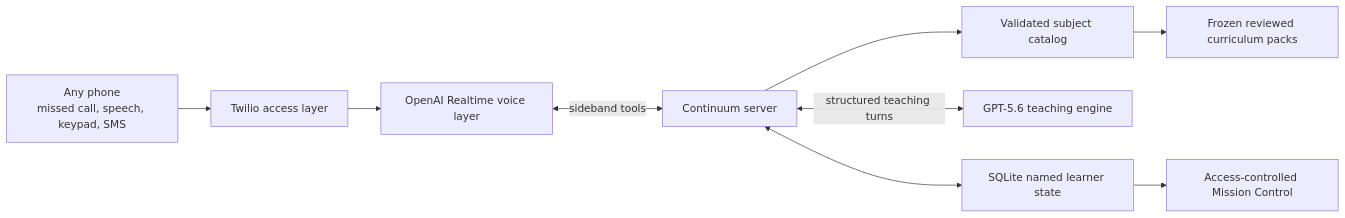
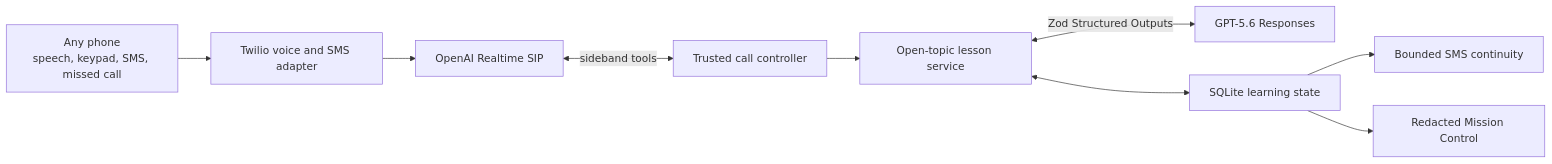
One commit to Tanya-Khanna/continuum-voice-tutor changed the diagram in README.md. Above: the diagram before and after it, drawn with Mermaid. The commit also changed other lines of this file and 14 other files, not shown here.

````diff
--- a/README.md
+++ b/README.md
@@ -15,11 +63,11 @@
 ```mermaid
 flowchart LR
-    Caller["Any phone<br/>missed call, speech, keypad, SMS"] --> Twilio["Twilio access layer"]
-    Twilio --> Realtime["OpenAI Realtime voice layer"]
-    Realtime <-->|"sideband tools"| Server["Continuum server"]
-    Server --> Catalog["Validated subject catalog"]
-    Catalog --> Packs["Frozen reviewed curriculum packs"]
-    Server <-->|"structured teaching turns"| GPT["GPT-5.6 teaching engine"]
-    Server <--> State["SQLite named learner state"]
-    State --> Dashboard["Access-controlled Mission Control"]
+    Phone["Any phone<br/>speech, keypad, SMS, missed call"] --> Twilio["Twilio voice and SMS adapter"]
+    Twilio --> Realtime["OpenAI Realtime SIP"]
+    Realtime <-->|"sideband tools"| Controller["Trusted call controller"]
+    Controller --> Lesson["Open-topic lesson service"]
+    Lesson <-->|"Zod Structured Outputs"| GPT["GPT-5.6 Responses"]
+    Lesson <--> State["SQLite learning state"]
+    State --> SMS["Bounded SMS continuity"]
+    State --> Proof["Redacted Mission Control"]
 ```
````
